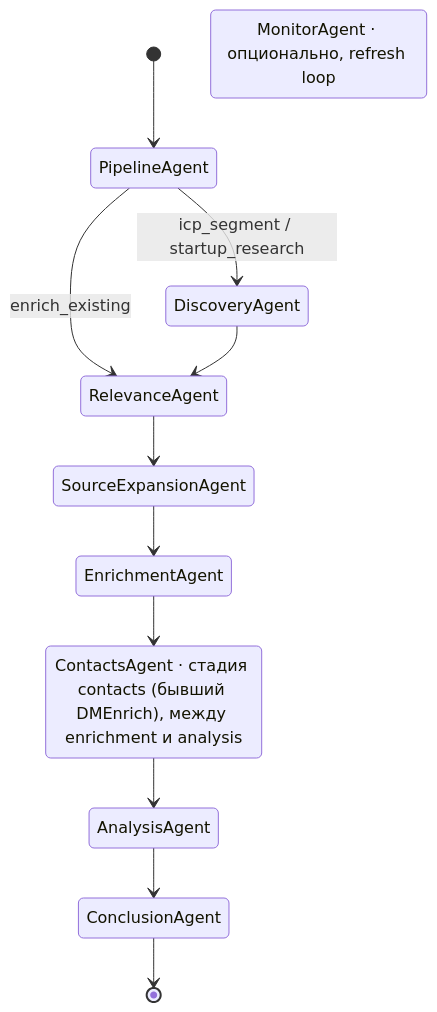
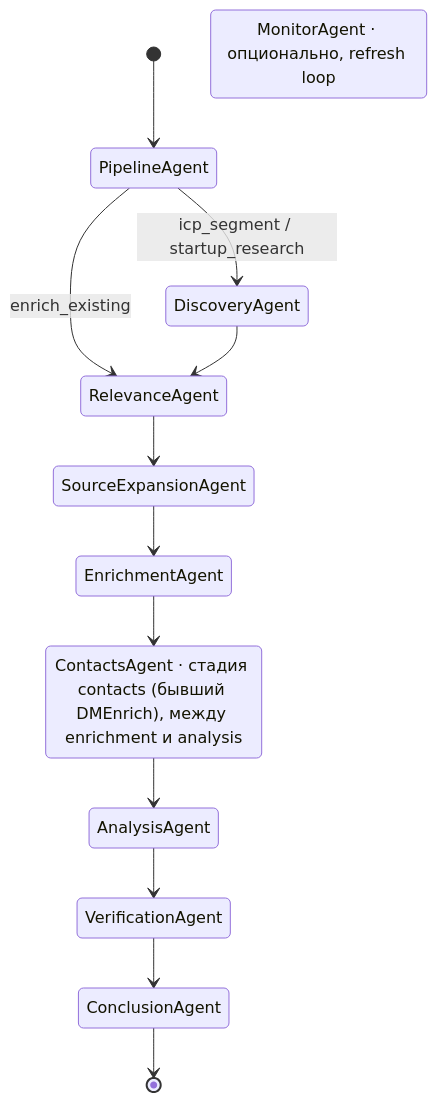
The third of 5 diagrams in ARCHITECTURE.md (Katoli-IV-ka/kvetio-agent), drawn with Mermaid before and after one commit. The commit also changed other lines of this file, not shown here.

Commit message:
docs(architecture): Verification stage, market_data resolver, Notion data_partner+funding_date (Phase 2/3)

````diff
--- a/ARCHITECTURE.md
+++ b/ARCHITECTURE.md
@@ -316,18 +316,19 @@
 ```mermaid
 stateDiagram-v2
     [*] --> PipelineAgent
 
     PipelineAgent --> DiscoveryAgent : icp_segment / startup_research
     PipelineAgent --> RelevanceAgent : enrich_existing
 
     DiscoveryAgent --> RelevanceAgent
     RelevanceAgent --> SourceExpansionAgent
     SourceExpansionAgent --> EnrichmentAgent
     EnrichmentAgent --> ContactsAgent
     ContactsAgent --> AnalysisAgent
-    AnalysisAgent --> ConclusionAgent
+    AnalysisAgent --> VerificationAgent
+    VerificationAgent --> ConclusionAgent
     ConclusionAgent --> [*]
 
     ContactsAgent : ContactsAgent · стадия contacts (бывший DMEnrich), между enrichment и analysis
     MonitorAgent : MonitorAgent · опционально, refresh loop
 ```
````
